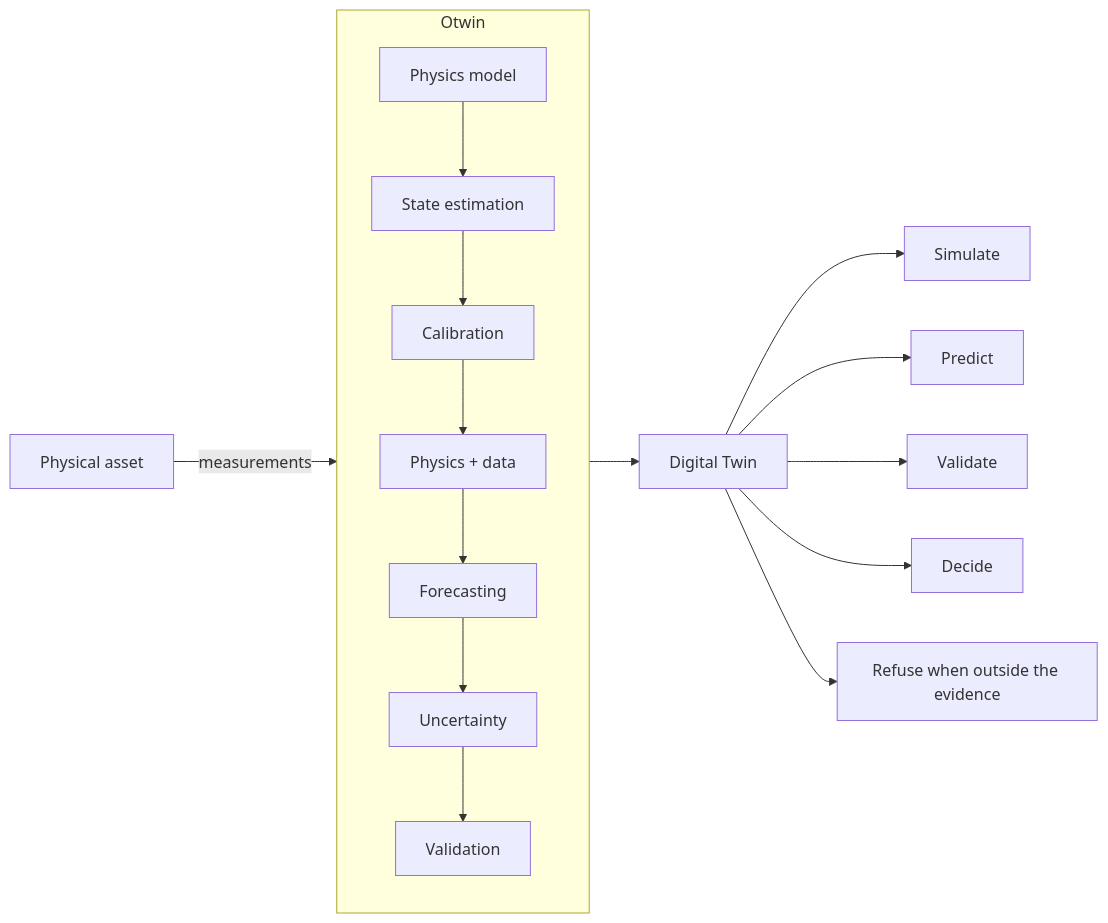
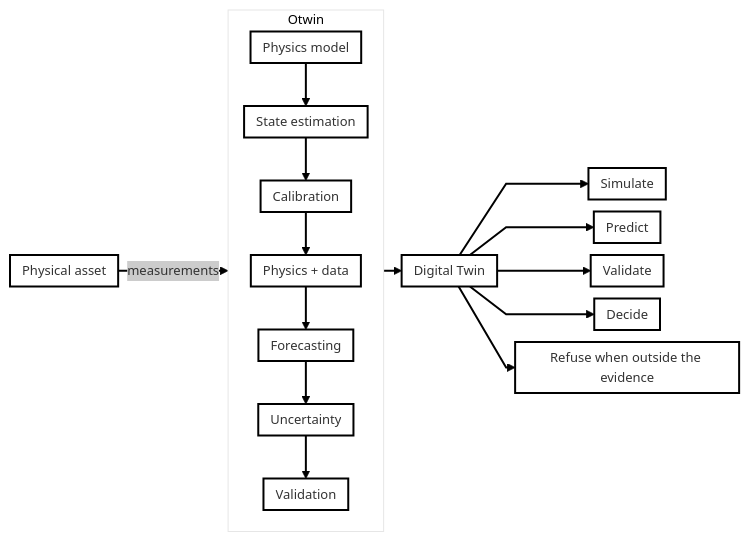
The first of 10 diagrams in README.md (otwin-core/otwin), drawn with Mermaid before and after one commit. The commit also changed other lines of this file, not shown here.

First line of the commit message:
Refactor README with updated diagrams and content

````diff
--- a/README.md
+++ b/README.md
@@ -56,23 +56,30 @@
 ```mermaid
+---
+config:
+  layout: fixed
+  theme: neo
+  fontFamily: '''Open Sans Variable'', sans-serif'
+  themeVariables:
+    fontFamily: '''Open Sans Variable'', sans-serif'
+---
+%%{init: {"flowchart": {"nodeSpacing": 12, "rankSpacing": 18, "padding": 6, "curve": "linear"}, "themeVariables": {"fontSize": "13px"}}}%%
 flowchart LR
-    A["Physical asset"] -->|"measurements"| B["Otwin"]
-    
-    subgraph B["Otwin"]
+ subgraph B["Otwin"]
         C["Physics model"]
         D["State estimation"]
         E["Calibration"]
         F["Physics + data"]
         G["Forecasting"]
         H["Uncertainty"]
         I["Validation"]
-        
-        C --> D --> E --> F --> G --> H --> I
-    end
-    
+  end
+    A["Physical asset"] -- measurements --> B
+    C --> D
+    D --> E
+    E --> F
+    F --> G
+    G --> H
+    H --> I
     B --> J["Digital Twin"]
-    J --> K["Simulate"]
-    J --> L["Predict"]
-    J --> M["Validate"]
-    J --> N["Decide"]
-    J --> O["Refuse when outside the evidence"]
+    J --> K["Simulate"] & L["Predict"] & M["Validate"] & N["Decide"] & O["Refuse when outside the evidence"]
 ```
````
